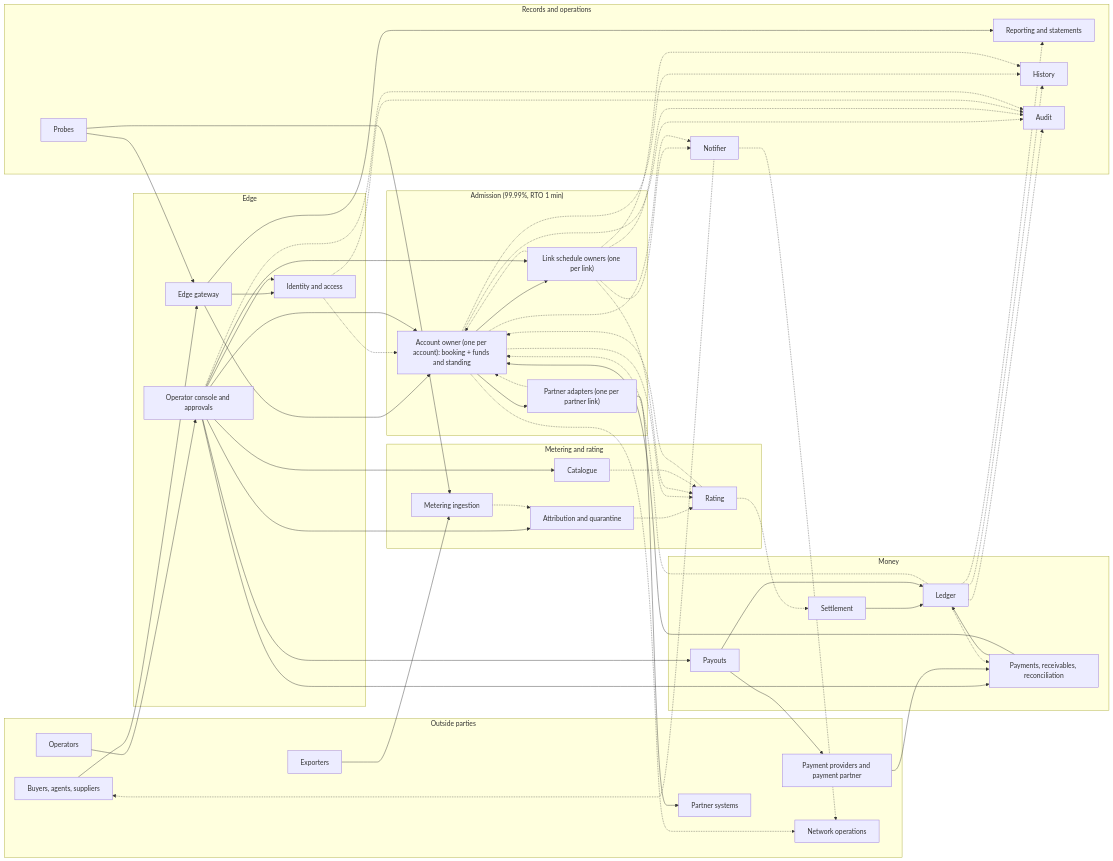
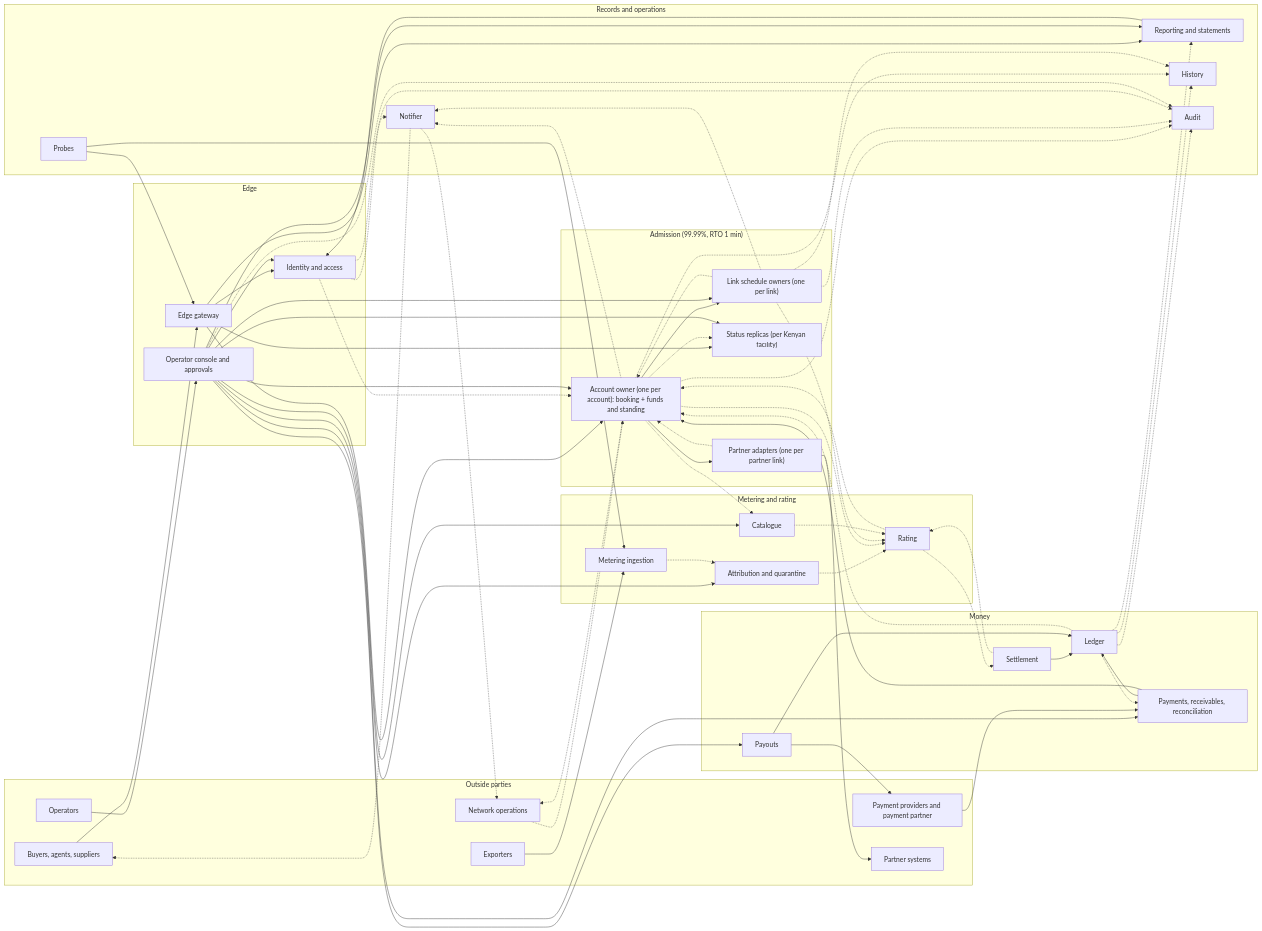
The first of 4 diagrams in docs/03-rfcs/RFC-000-architecture.md (tgenov/bandwidth-reservations), drawn with Mermaid before and after one commit. The commit also changed other lines of this file and 16 other files, not shown here.

```diff
--- a/docs/03-rfcs/RFC-000-architecture.md
+++ b/docs/03-rfcs/RFC-000-architecture.md
@@ -200,6 +230,7 @@
     AO["Account owner (one per account): booking + funds and standing"]
     LO["Link schedule owners (one per link)"]
     PA["Partner adapters (one per partner link)"]
+    SR["Status replicas (per Kenyan facility)"]
   end
 
   subgraph MET["Metering and rating"]
@@ -229,7 +260,13 @@
   GW --> IAM
   CON --> IAM
   GW --> AO
+  GW --> SR
   GW --> RP
+  AO -.-> SR
+  CON --> SR
+  CON --> RP
+  RP --> IAM
+  IAM -.-> NO
   AO --> LO
   AO --> PA
   PA --> PTN
@@ -248,8 +285,10 @@
   AO -.-> RA
   LO -.-> RA
   CAT -.-> RA
+  AO -.-> CAT
   RA -.-> AO
   RA -.-> ST
+  ST -.-> RA
   ST --> LE
   PAY --> PR
   PR --> LE
@@ -260,6 +299,7 @@
   LE -.-> RP
   LE -.-> PR
   AO -.-> NET
+  NET -.-> AO
   LO -.-> NO
   AO -.-> NO
   NO -.-> BUY
```
